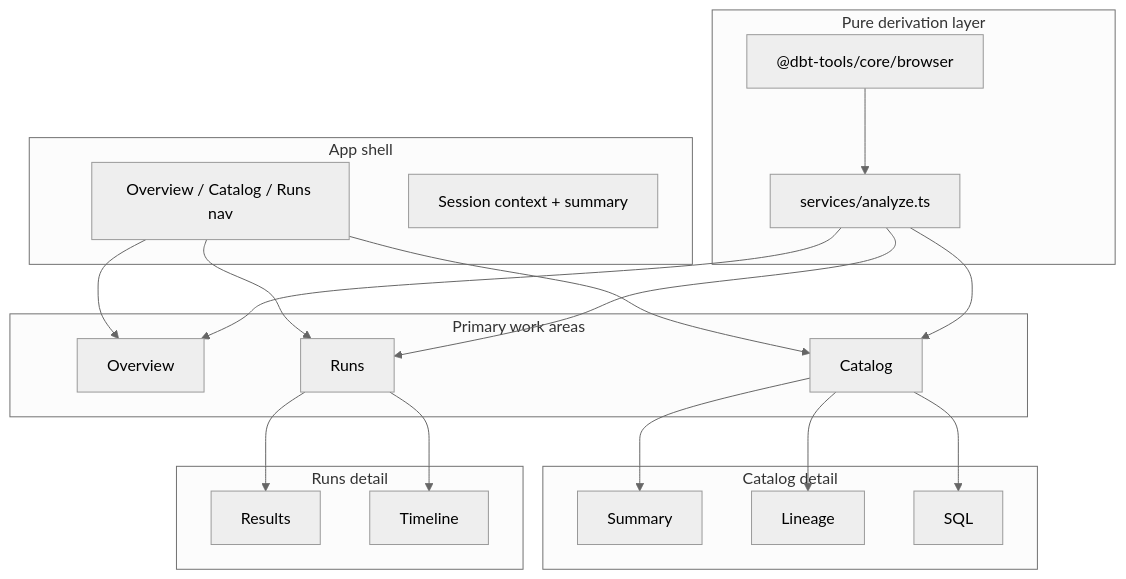
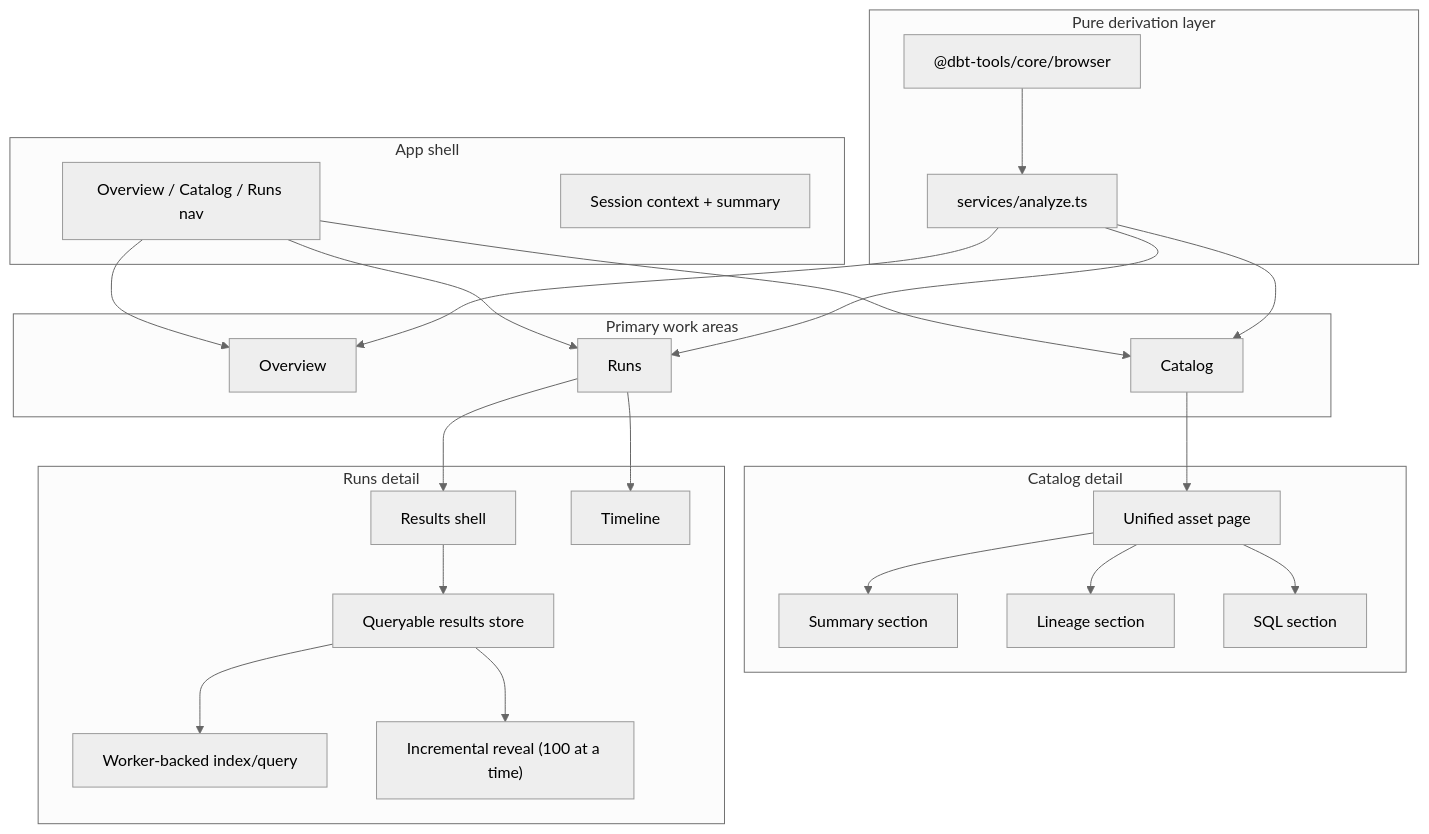
The diagram in docs/adr/0018-hybrid-dbt-first-catalog-and-runs-workspace-for-dbt-tools-web.md (yu-iskw/dbt-artifacts-parser-ts), drawn with Mermaid (neutral theme) before and after one commit. The commit also changed other lines of this file and 17 other files, not shown here.

````diff
--- a/docs/adr/0018-hybrid-dbt-first-catalog-and-runs-workspace-for-dbt-tools-web.md
+++ b/docs/adr/0018-hybrid-dbt-first-catalog-and-runs-workspace-for-dbt-tools-web.md
@@ -82,42 +96,50 @@
 ```mermaid
 flowchart TB
     subgraph Shell["App shell"]
         Sidebar["Overview / Catalog / Runs nav"]
         Header["Session context + summary"]
     end
 
     subgraph Workspace["Primary work areas"]
         Overview["Overview"]
         Catalog["Catalog"]
         Runs["Runs"]
     end
 
     subgraph CatalogDetail["Catalog detail"]
-        Summary["Summary"]
-        Lineage["Lineage"]
-        SQL["SQL"]
+        AssetPage["Unified asset page"]
+        Summary["Summary section"]
+        Lineage["Lineage section"]
+        SQL["SQL section"]
     end
 
     subgraph RunsDetail["Runs detail"]
-        Results["Results"]
+        Results["Results shell"]
+        ResultStore["Queryable results store"]
+        Worker["Worker-backed index/query"]
+        Reveal["Incremental reveal (100 at a time)"]
         Timeline["Timeline"]
     end
 
     subgraph Model["Pure derivation layer"]
         Analyze["services/analyze.ts"]
         Core["@dbt-tools/core/browser"]
     end
 
     Sidebar --> Overview
     Sidebar --> Catalog
     Sidebar --> Runs
-    Catalog --> Summary
-    Catalog --> Lineage
-    Catalog --> SQL
+    Catalog --> AssetPage
+    AssetPage --> Summary
+    AssetPage --> Lineage
+    AssetPage --> SQL
     Runs --> Results
+    Results --> ResultStore
+    ResultStore --> Worker
+    ResultStore --> Reveal
     Runs --> Timeline
     Analyze --> Overview
     Analyze --> Catalog
     Analyze --> Runs
     Core --> Analyze
 ```
````
